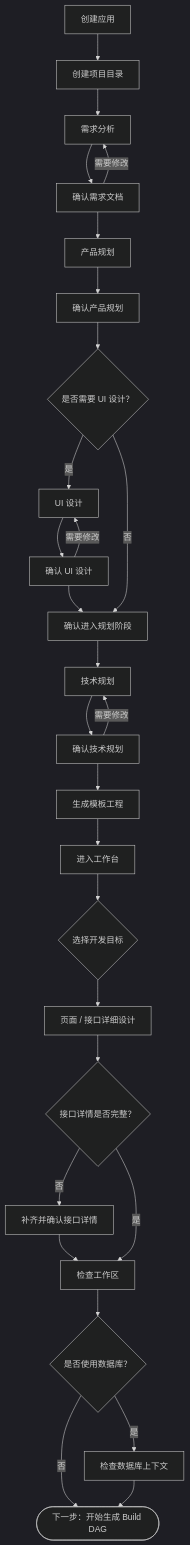
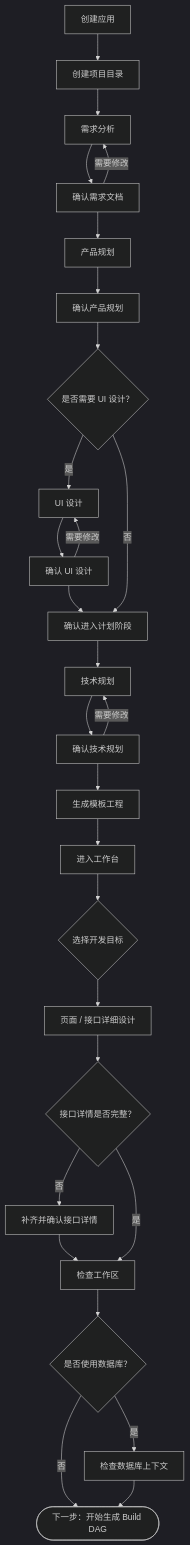
One commit to YYYWYF/XCodeAgent changed the diagram in docs/APPLICATION_CREATION_FLOW.md. Above: the diagram before and after it, drawn with Mermaid (dark theme). The commit also changed other lines of this file and 68 other files, not shown here.

````diff
--- a/docs/APPLICATION_CREATION_FLOW.md
+++ b/docs/APPLICATION_CREATION_FLOW.md
@@ -11,40 +11,40 @@
 ```mermaid
 flowchart TD
     A["创建应用"] --> B["创建项目目录"]
     B --> C["需求分析"]
     C --> D["确认需求文档"]
     D --> E["产品规划"]
     E --> F["确认产品规划"]
 
     D -->|"需要修改"| C
     F --> U{"是否需要 UI 设计？"}
 
     U -->|"是"| G["UI 设计"]
     G --> H["确认 UI 设计"]
     H -->|"需要修改"| G
 
-    H --> I0["确认进入规划阶段"]
+    H --> I0["确认进入计划阶段"]
 
     U -->|"否"| I0
 
     I0 --> I["技术规划"]
 
     I --> J["确认技术规划"]
     J -->|"需要修改"| I
 
     J --> K["生成模板工程"]
 
     K --> L["进入工作台"]
     L --> M{"选择开发目标"}
     M --> N["页面 / 接口详细设计"]
     N --> O{"接口详情是否完整？"}
 
     O -->|"否"| P["补齐并确认接口详情"]
     P --> Q["检查工作区"]
     O -->|"是"| Q
 
     Q --> R{"是否使用数据库？"}
     R -->|"否"| S(["下一步：开始生成 Build DAG"])
     R -->|"是"| T["检查数据库上下文"]
     T --> S
 ```
````
